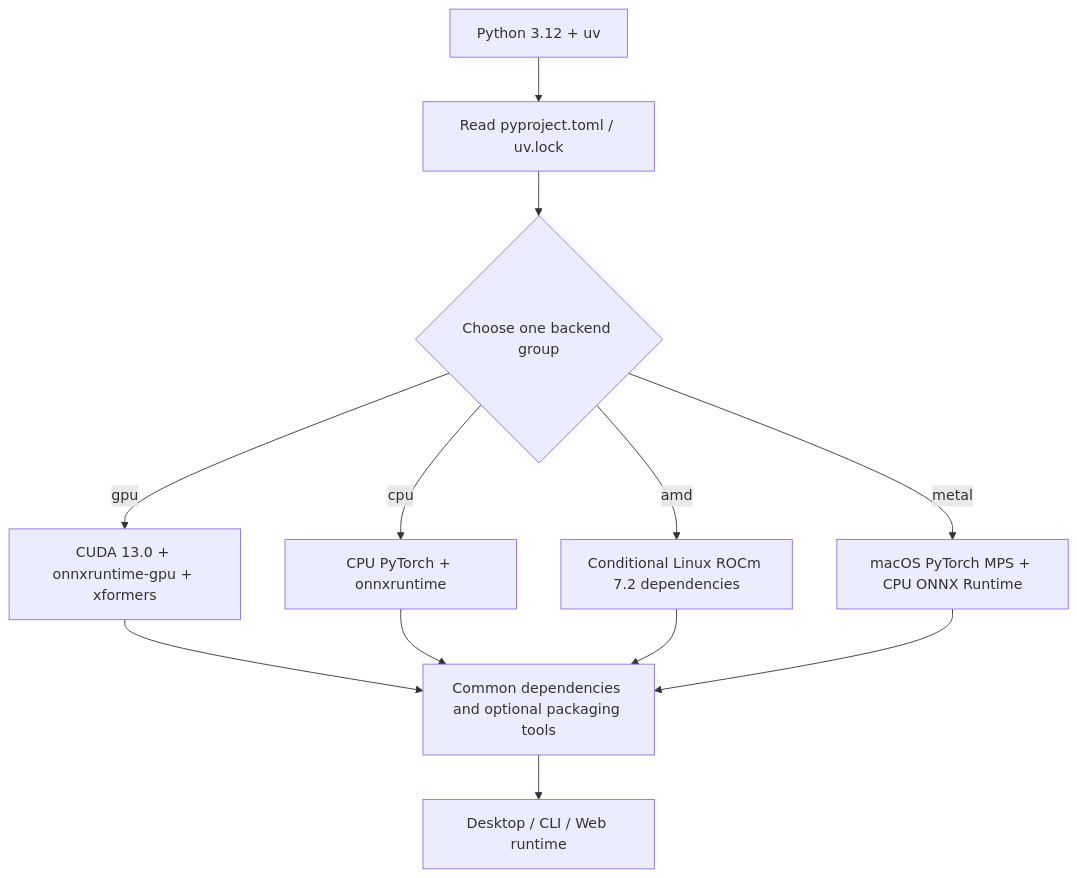
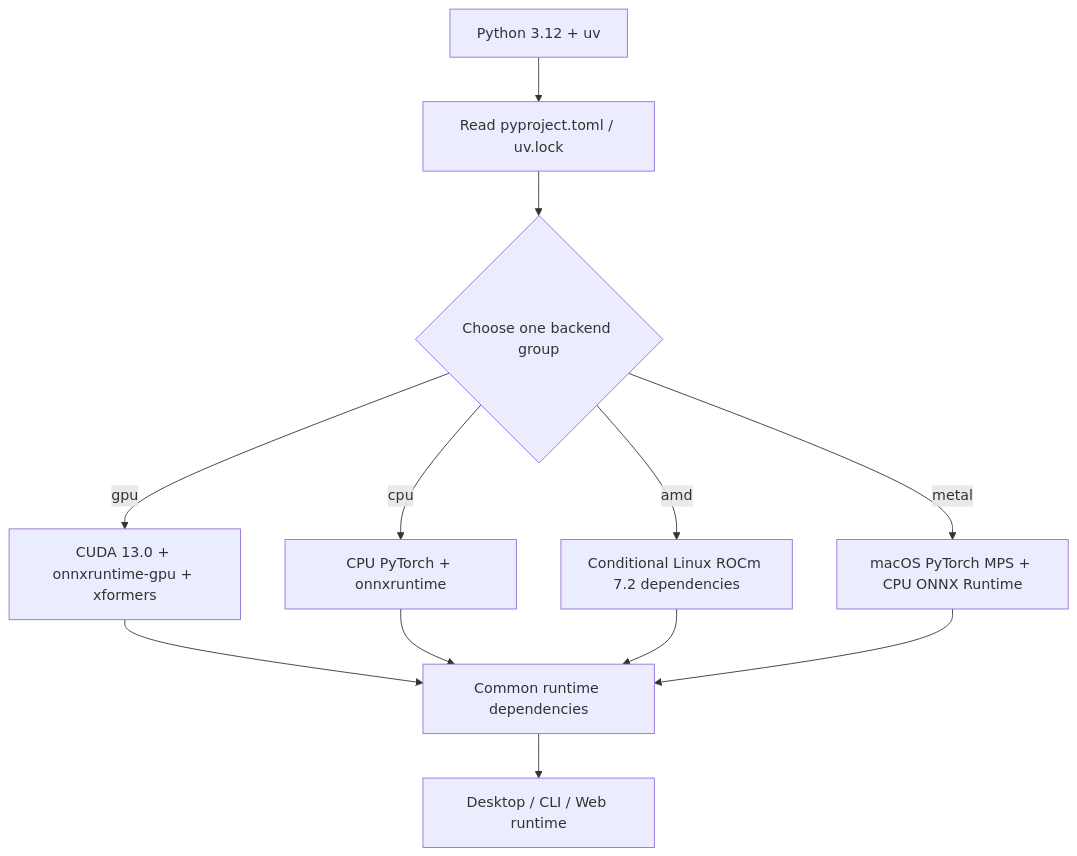
Before and after one commit to hgmzhn/manga-translator-ui: the diagram in doc/wiki/en/install/requirements.md, drawn with Mermaid. The commit also changed other lines of this file and 21 other files, not shown here.

````diff
--- a/doc/wiki/en/install/requirements.md
+++ b/doc/wiki/en/install/requirements.md
@@ -65,14 +65,14 @@
 ```mermaid
 flowchart TD
     A["Python 3.12 + uv"] --> B["Read pyproject.toml / uv.lock"]
     B --> C{"Choose one backend group"}
     C -->|gpu| D["CUDA 13.0 + onnxruntime-gpu + xformers"]
     C -->|cpu| E["CPU PyTorch + onnxruntime"]
     C -->|amd| F["Conditional Linux ROCm 7.2 dependencies"]
     C -->|metal| G["macOS PyTorch MPS + CPU ONNX Runtime"]
-    D --> H["Common dependencies and optional packaging tools"]
+    D --> H["Common runtime dependencies"]
     E --> H
     F --> H
     G --> H
     H --> I["Desktop / CLI / Web runtime"]
 ```
````
